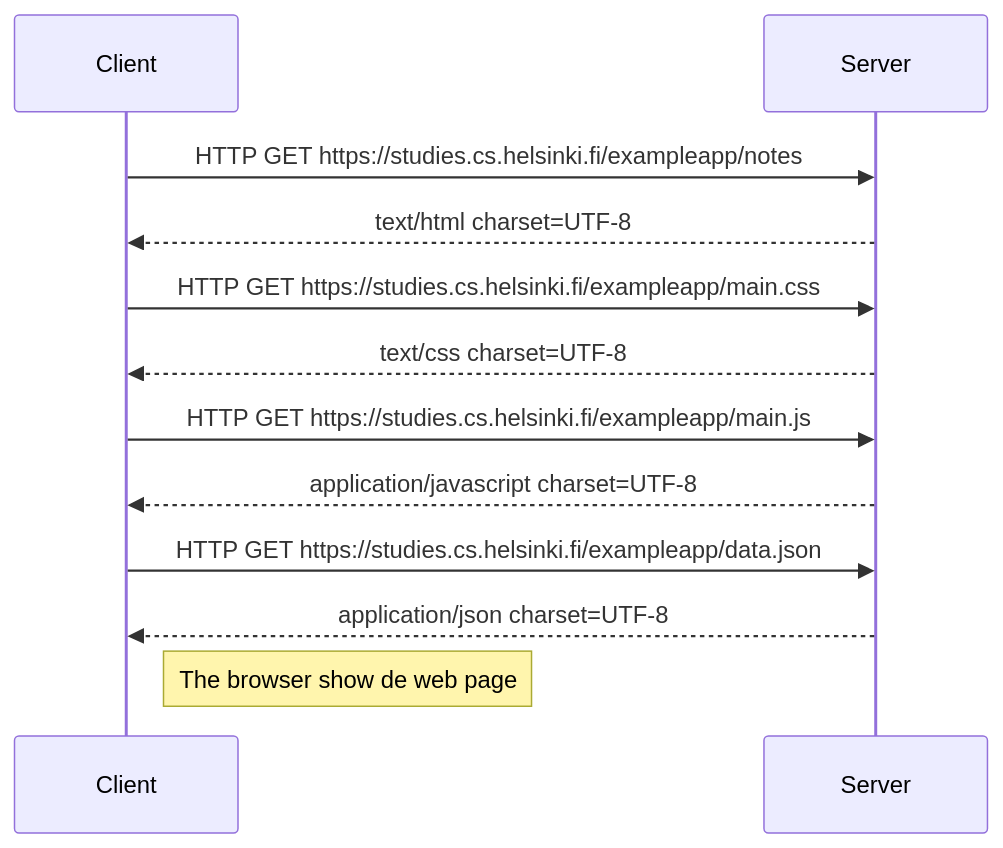
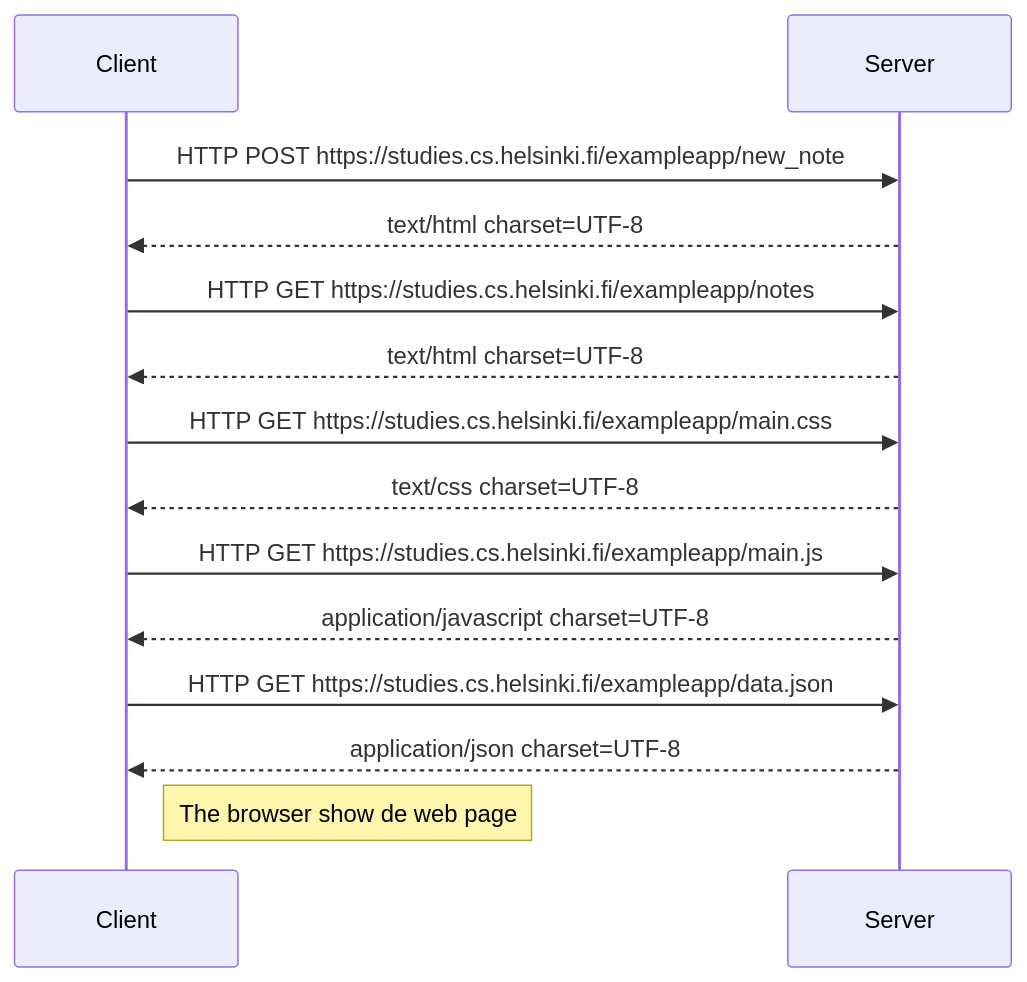
Before and after one commit to addiellucena94/fullstackopen: the diagram in part0/newnotediagram/README.md, drawn with Mermaid.

Commit message:
fix arrows from server to client exercise 0.4

````diff
--- a/part0/newnotediagram/README.md
+++ b/part0/newnotediagram/README.md
@@ -2,19 +2,22 @@
 ```mermaid
 sequenceDiagram;
     participant Client;
     participant Server;
+
+    Client->>Server: HTTP POST https://studies.cs.helsinki.fi/exampleapp/new_note;
+    Server-->>Client: text/html charset=UTF-8;
 
     Client->>Server: HTTP GET https://studies.cs.helsinki.fi/exampleapp/notes;
     Server-->>Client: text/html charset=UTF-8;
 
     Client->>Server: HTTP GET https://studies.cs.helsinki.fi/exampleapp/main.css;
     Server-->>Client: text/css charset=UTF-8;
 
     Client->>Server: HTTP GET https://studies.cs.helsinki.fi/exampleapp/main.js;
     Server-->>Client: application/javascript charset=UTF-8;
 
     Client->>Server: HTTP GET https://studies.cs.helsinki.fi/exampleapp/data.json;
     Server-->>Client: application/json charset=UTF-8;
 
     Note right of Client: The browser show de web page;
 ```
````
